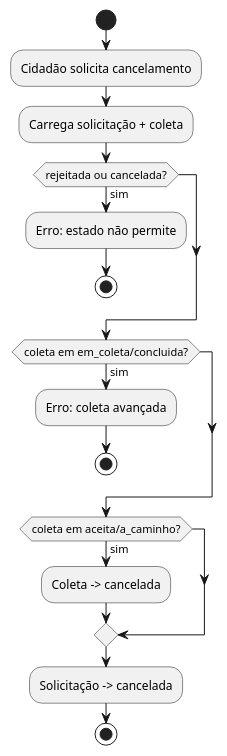
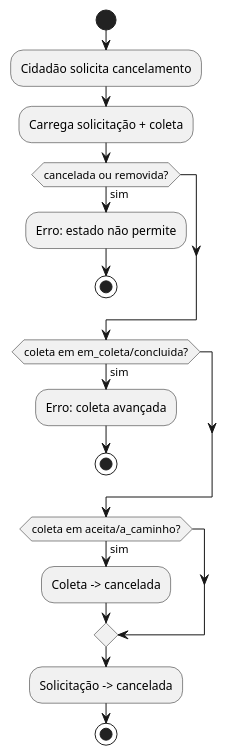
One commit to lononeiro/olx-ecologico changed diagram 15 of 21 in docs/uml/documentacao-uml-completa.md. Above: the diagram before and after it, drawn with PlantUML. The commit also changed other lines of this file and 53 other files, not shown here.

First line of the commit message:
docs(uml): revisao dos diagramas e sincronizacao docs/ com uml/

````diff
--- a/docs/uml/documentacao-uml-completa.md
+++ b/docs/uml/documentacao-uml-completa.md
@@ -989,20 +995,20 @@
 ```plantuml
 @startuml atividade-cancelar
 start
 :Cidadão solicita cancelamento;
 :Carrega solicitação + coleta;
-if (rejeitada ou cancelada?) then (sim)
+if (cancelada ou removida?) then (sim)
   :Erro: estado não permite;
   stop
 endif
 if (coleta em em_coleta/concluida?) then (sim)
   :Erro: coleta avançada;
   stop
 endif
 if (coleta em aceita/a_caminho?) then (sim)
   :Coleta -> cancelada;
 endif
 :Solicitação -> cancelada;
 stop
 @enduml
 ```
````
